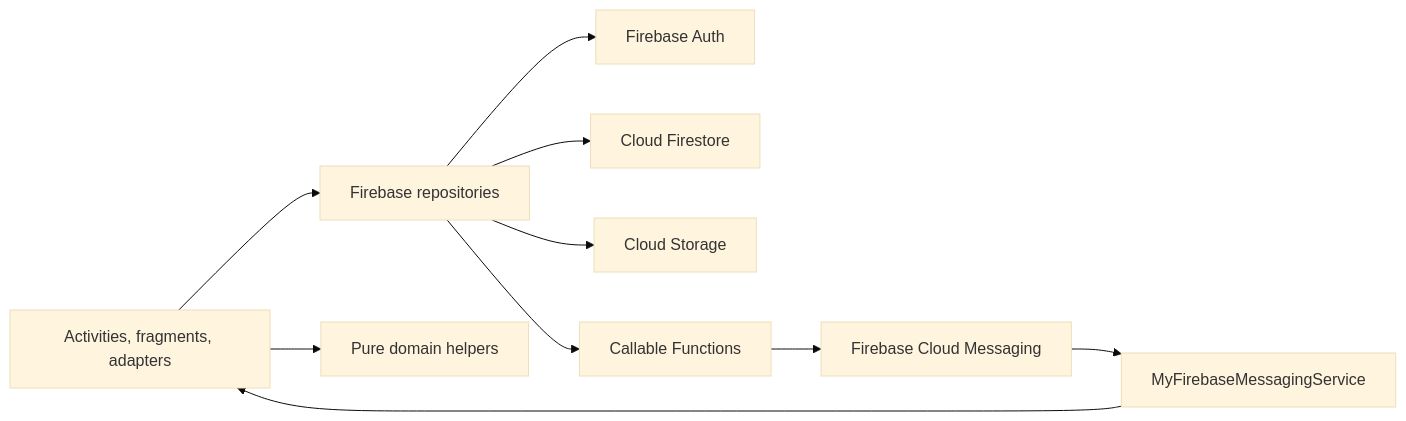
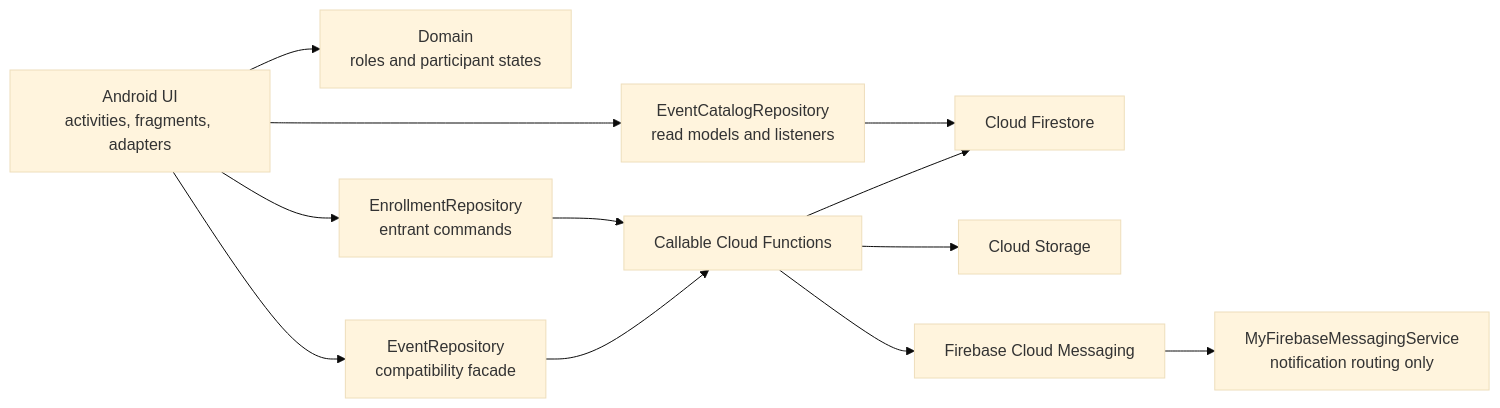
The second of 2 diagrams in README.md (Aaryan-MK7/Ticketjack), drawn with Mermaid (base theme) before and after one commit. The commit also changed other lines of this file and 87 other files, not shown here.

````diff
--- a/README.md
+++ b/README.md
@@ -97,12 +54,14 @@
 ```mermaid
 flowchart LR
-    UI[Activities, fragments, adapters] --> Repositories[Firebase repositories]
-    UI --> Domain[Pure domain helpers]
-    Repositories --> Auth[Firebase Auth]
-    Repositories --> Firestore[Cloud Firestore]
-    Repositories --> Storage[Cloud Storage]
-    Repositories --> Functions[Callable Functions]
-    Functions --> FCM[Firebase Cloud Messaging]
-    FCM --> Service[MyFirebaseMessagingService]
-    Service --> UI
+    UI["Android UI<br/>activities, fragments, adapters"] --> Domain["Domain<br/>roles and participant states"]
+    UI --> Catalog["EventCatalogRepository<br/>read models and listeners"]
+    UI --> Enrollment["EnrollmentRepository<br/>entrant commands"]
+    UI --> Legacy["EventRepository<br/>compatibility facade"]
+    Catalog --> Firestore["Cloud Firestore"]
+    Enrollment --> Functions["Callable Cloud Functions"]
+    Legacy --> Functions
+    Functions --> Firestore
+    Functions --> Storage["Cloud Storage"]
+    Functions --> FCM["Firebase Cloud Messaging"]
+    FCM --> Service["MyFirebaseMessagingService<br/>notification routing only"]
 ```
````
